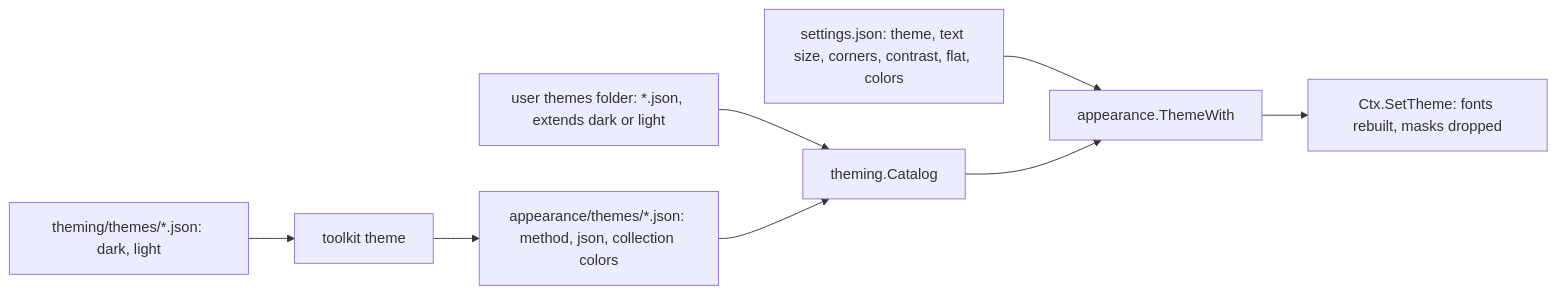
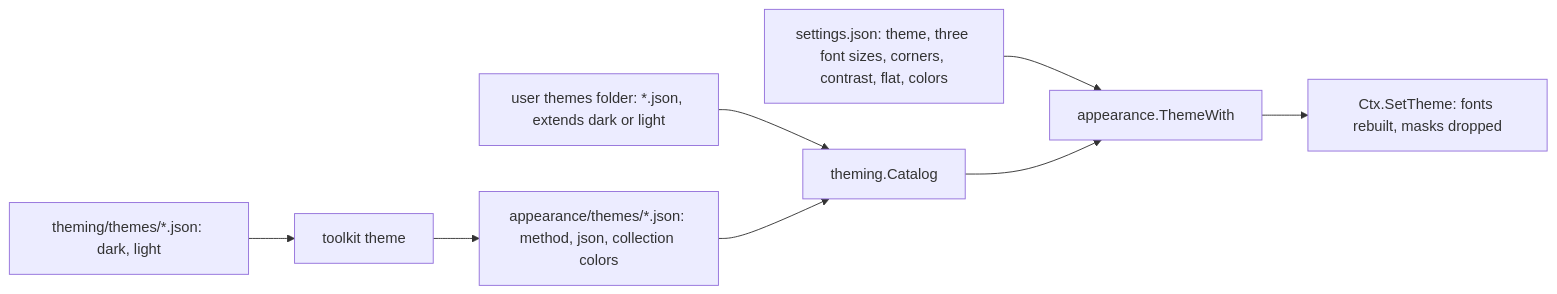
The diagram in .harness/style.md (gascoigne-ai/gascoigne-workshop), drawn with Mermaid before and after one commit. The commit also changed other lines of this file and 56 other files, not shown here.

First line of the commit message:
feat(settings): a size setting for each font next to its choice

````diff
--- a/.harness/style.md
+++ b/.harness/style.md
@@ -205,10 +205,10 @@
 ```mermaid
 flowchart LR
   builtin["theming/themes/*.json: dark, light"] --> base["toolkit theme"]
   base --> appth["appearance/themes/*.json: method, json, collection colors"]
   user["user themes folder: *.json, extends dark or light"] --> catalog["theming.Catalog"]
   appth --> catalog
-  settings["settings.json: theme, text size, corners, contrast, flat, colors"] --> prefs["appearance.ThemeWith"]
+  settings["settings.json: theme, three font sizes, corners, contrast, flat, colors"] --> prefs["appearance.ThemeWith"]
   catalog --> prefs
   prefs --> ctx["Ctx.SetTheme: fonts rebuilt, masks dropped"]
 ```
````
